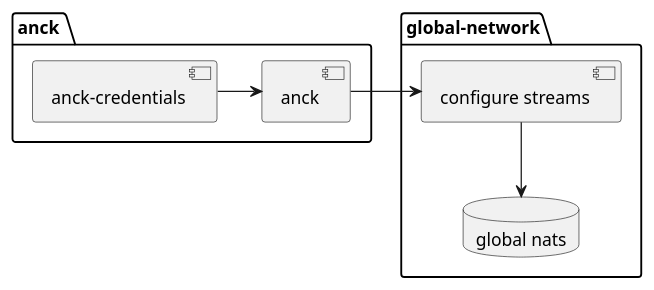
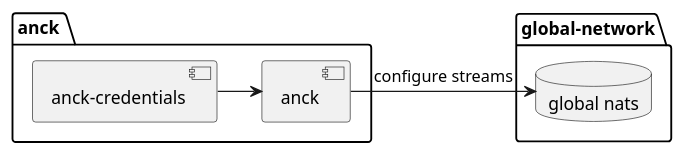
The diagram in docs/images/global-streams.puml (edgefarm/anck), drawn with PlantUML before and after one commit. The commit also changed 2 other files, not shown here.

```diff
--- a/docs/images/global-streams.puml
+++ b/docs/images/global-streams.puml
@@ -1,16 +1,14 @@
 @startuml
-
 package "global-network" as global_network {
-    [configure streams] as configure_streams
     database "global nats" as global_nats
-    configure_streams --> global_nats
 }
 
 package "anck " {
     [anck] as anck
     [anck-credentials] as anck_credentials
     anck <-l- anck_credentials
-    anck -r-> configure_streams
 }
 
+
+anck -l-> global_nats : configure streams
 @enduml
```
